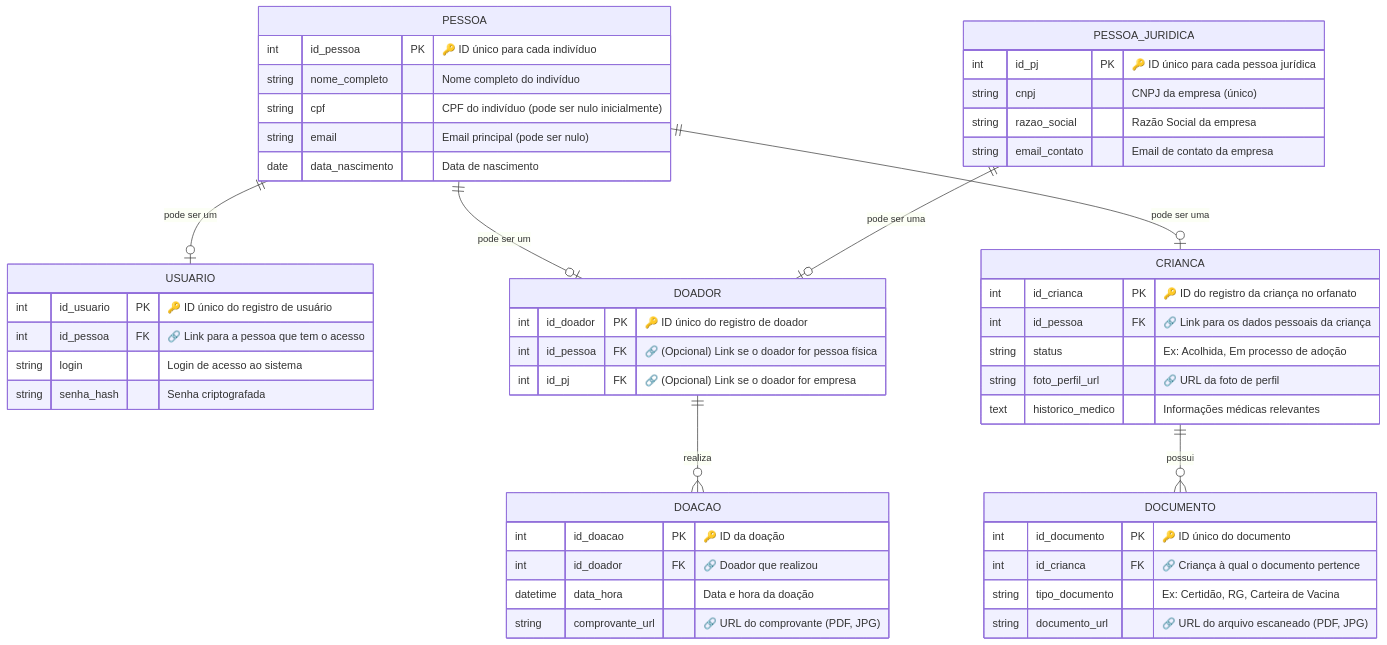
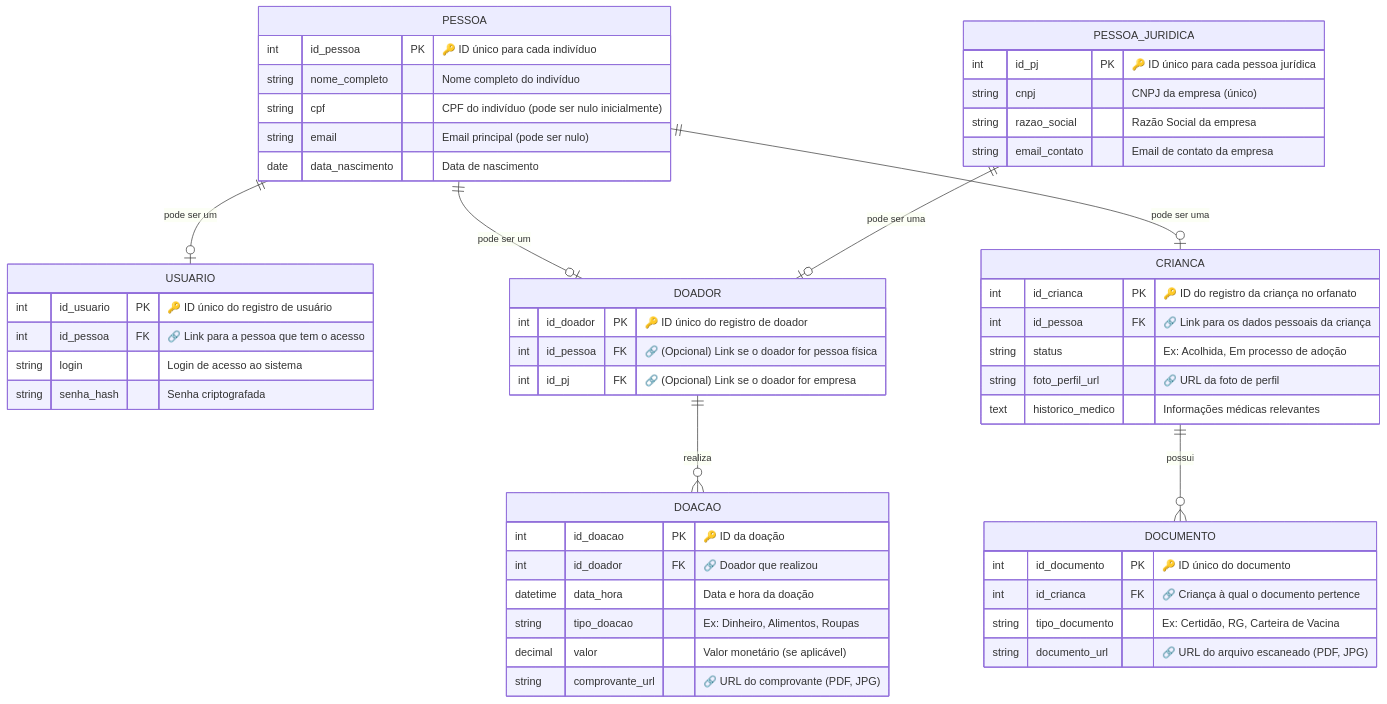
The second of 2 diagrams in README.md (liceki/CEAMEC), drawn with Mermaid before and after one commit.

````diff
--- a/README.md
+++ b/README.md
@@ -113,71 +113,72 @@
 ```mermaid
 erDiagram
 
     %% --- Entidades de Base ---
-    
+
     PESSOA {
         int id_pessoa PK "🔑 ID único para cada indivíduo"
         string nome_completo "Nome completo do indivíduo"
         string cpf "CPF do indivíduo (pode ser nulo inicialmente)"
         string email "Email principal (pode ser nulo)"
         date data_nascimento "Data de nascimento"
     }
 
     PESSOA_JURIDICA {
         int id_pj PK "🔑 ID único para cada pessoa jurídica"
         string cnpj "CNPJ da empresa (único)"
         string razao_social "Razão Social da empresa"
         string email_contato "Email de contato da empresa"
     }
 
     %% --- Entidades de Papel/Contexto ---
 
     USUARIO {
         int id_usuario PK "🔑 ID único do registro de usuário"
         int id_pessoa FK "🔗 Link para a pessoa que tem o acesso"
         string login "Login de acesso ao sistema"
         string senha_hash "Senha criptografada"
     }
 
     DOADOR {
         int id_doador PK "🔑 ID único do registro de doador"
         int id_pessoa FK "🔗 (Opcional) Link se o doador for pessoa física"
         int id_pj FK "🔗 (Opcional) Link se o doador for empresa"
     }
 
     CRIANCA {
         int id_crianca PK "🔑 ID do registro da criança no orfanato"
         int id_pessoa FK "🔗 Link para os dados pessoais da criança"
         string status "Ex: Acolhida, Em processo de adoção"
         string foto_perfil_url "🔗 URL da foto de perfil"
         text historico_medico "Informações médicas relevantes"
     }
 
     %% --- Entidades Transacionais ---
 
     DOACAO {
         int id_doacao PK "🔑 ID da doação"
         int id_doador FK "🔗 Doador que realizou"
         datetime data_hora "Data e hora da doação"
+        string tipo_doacao "Ex: Dinheiro, Alimentos, Roupas"
+        decimal valor "Valor monetário (se aplicável)"
         string comprovante_url "🔗 URL do comprovante (PDF, JPG)"
     }
 
     DOCUMENTO {
         int id_documento PK "🔑 ID único do documento"
         int id_crianca FK "🔗 Criança à qual o documento pertence"
         string tipo_documento "Ex: Certidão, RG, Carteira de Vacina"
         string documento_url "🔗 URL do arquivo escaneado (PDF, JPG)"
     }
 
     %% --- Relacionamentos ---
 
     PESSOA ||--o| USUARIO : "pode ser um"
     PESSOA ||--o| DOADOR : "pode ser um"
     PESSOA ||--o| CRIANCA : "pode ser uma"
-    
+
     PESSOA_JURIDICA ||--o| DOADOR : "pode ser uma"
-    
+
     DOADOR ||--o{ DOACAO : "realiza"
     CRIANCA ||--o{ DOCUMENTO : "possui"
-    
 ```
````
